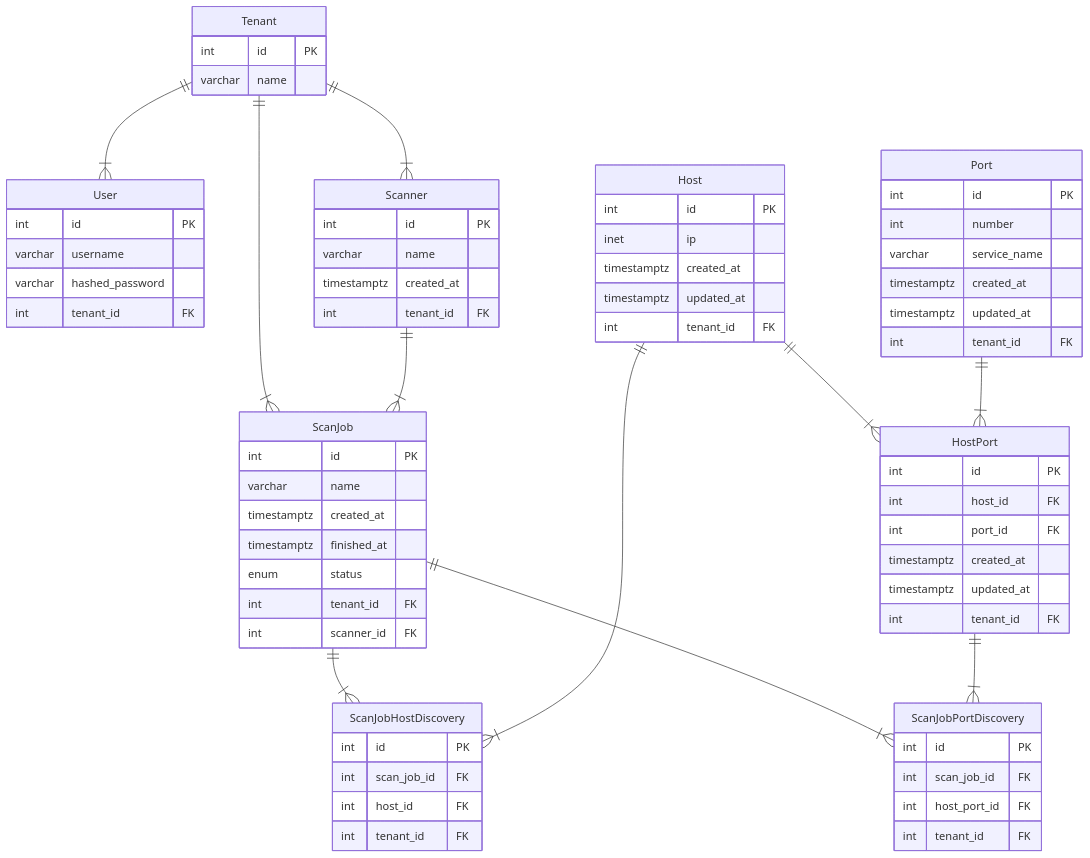
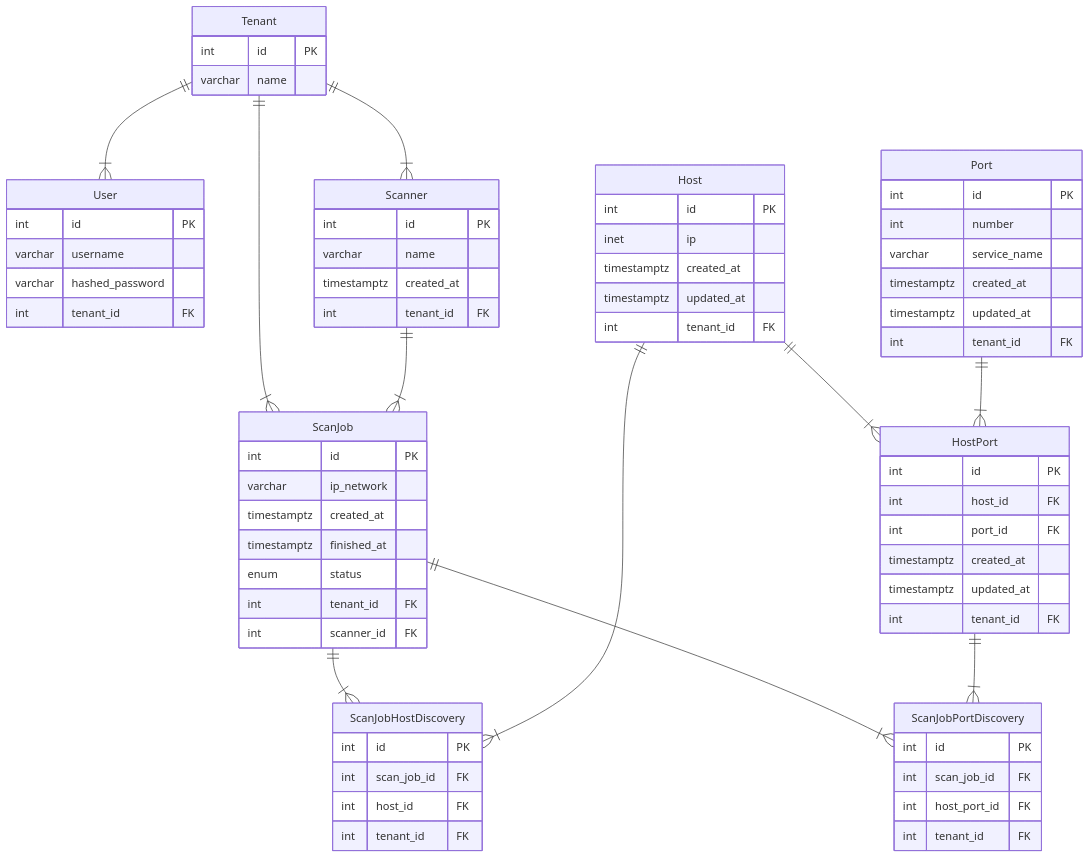
Before and after one commit to CralixRaev/opendiscovery: the diagram in docs/database.md, drawn with Mermaid. The commit also changed 14 other files, not shown here.

````diff
--- a/docs/database.md
+++ b/docs/database.md
@@ -1,74 +1,74 @@
 ```mermaid
 erDiagram
     Tenant {
         int id PK
         varchar name
     }
     User {
         int id PK
         varchar username
         varchar hashed_password
         int tenant_id FK
     }
     Scanner {
         int id PK
         varchar name
         timestamptz created_at
         int tenant_id FK
     }
     ScanJob {
         int id PK
-        varchar name
+        varchar ip_network
         timestamptz created_at
         timestamptz finished_at
         enum status
         int tenant_id FK
         int scanner_id FK
     }
     Host {
         int id PK
         inet ip
         timestamptz created_at
         timestamptz updated_at
         int tenant_id FK
     }
     Port {
         int id PK
         int number
         varchar service_name
         timestamptz created_at
         timestamptz updated_at
         int tenant_id FK
     }
     HostPort {
         int id PK
         int host_id FK
         int port_id FK
         timestamptz created_at
         timestamptz updated_at
         int tenant_id FK
     }
     ScanJobHostDiscovery {
         int id PK
         int scan_job_id FK
         int host_id FK
         int tenant_id FK
     }
     ScanJobPortDiscovery {
         int id PK
         int scan_job_id FK
         int host_port_id FK
         int tenant_id FK
     }
 
     Tenant ||--|{ User : ""
     Tenant ||--|{ Scanner : ""
     Tenant ||--|{ ScanJob : ""
     Scanner ||--|{ ScanJob : ""
     Host ||--|{ HostPort : ""
     Port ||--|{ HostPort : ""
     ScanJob ||--|{ ScanJobHostDiscovery : ""
     ScanJob ||--|{ ScanJobPortDiscovery : ""
     Host ||--|{ ScanJobHostDiscovery : ""
     HostPort ||--|{ ScanJobPortDiscovery : ""
 ```
````
